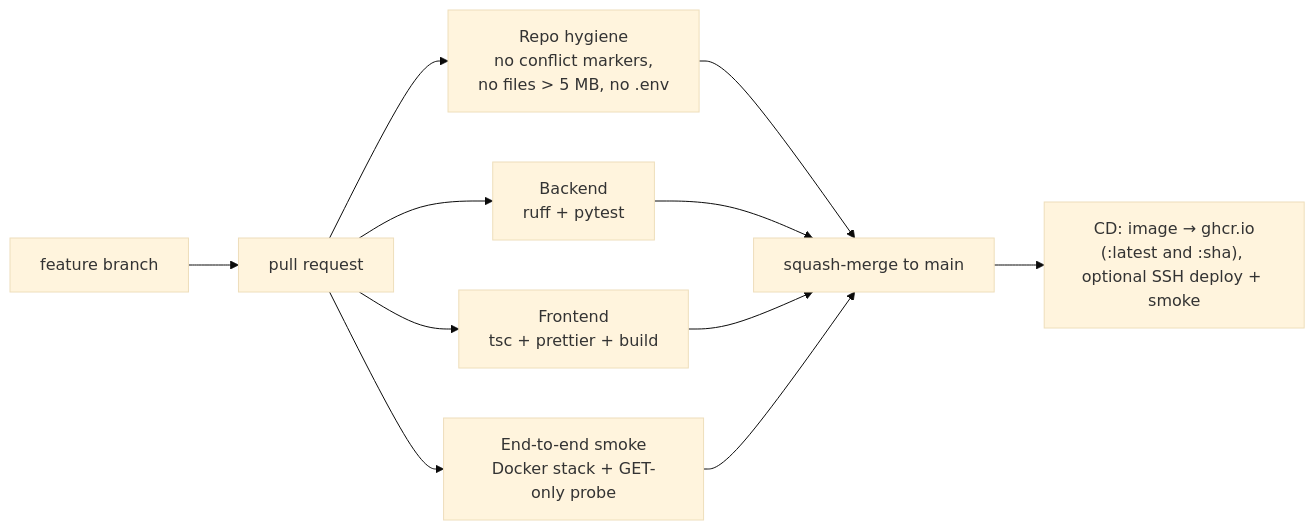
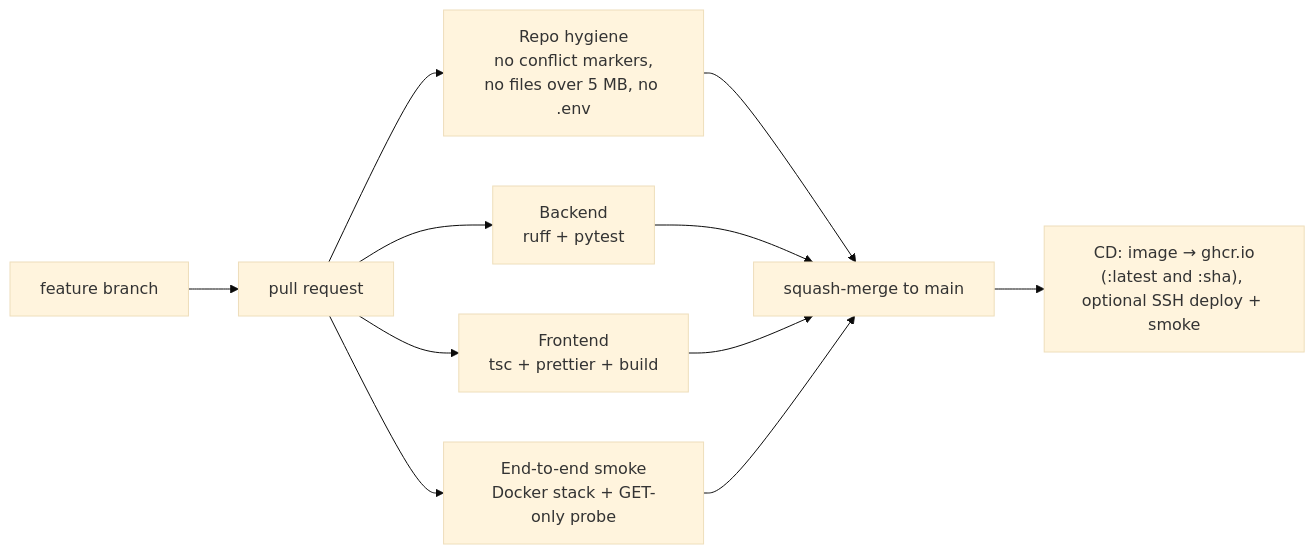
Before and after one commit to DEOIST/viscon26-main: the fifth of 5 diagrams in README.md, drawn with Mermaid (base theme). The commit also changed other lines of this file and 26 other files, not shown here.

````diff
--- a/README.md
+++ b/README.md
@@ -296,10 +316,10 @@
 ```mermaid
 flowchart LR
     Dev["feature branch"] --> PR["pull request"]
-    PR --> H["Repo hygiene<br/>no conflict markers,<br/>no files > 5 MB, no .env"]
+    PR --> H["Repo hygiene<br/>no conflict markers,<br/>no files over 5 MB, no .env"]
     PR --> B["Backend<br/>ruff + pytest"]
     PR --> F["Frontend<br/>tsc + prettier + build"]
     PR --> S["End-to-end smoke<br/>Docker stack + GET-only probe"]
     H & B & F & S --> M["squash-merge to main"]
     M --> CD["CD: image → ghcr.io<br/>(:latest and :sha), optional SSH deploy + smoke"]
 ```
````
